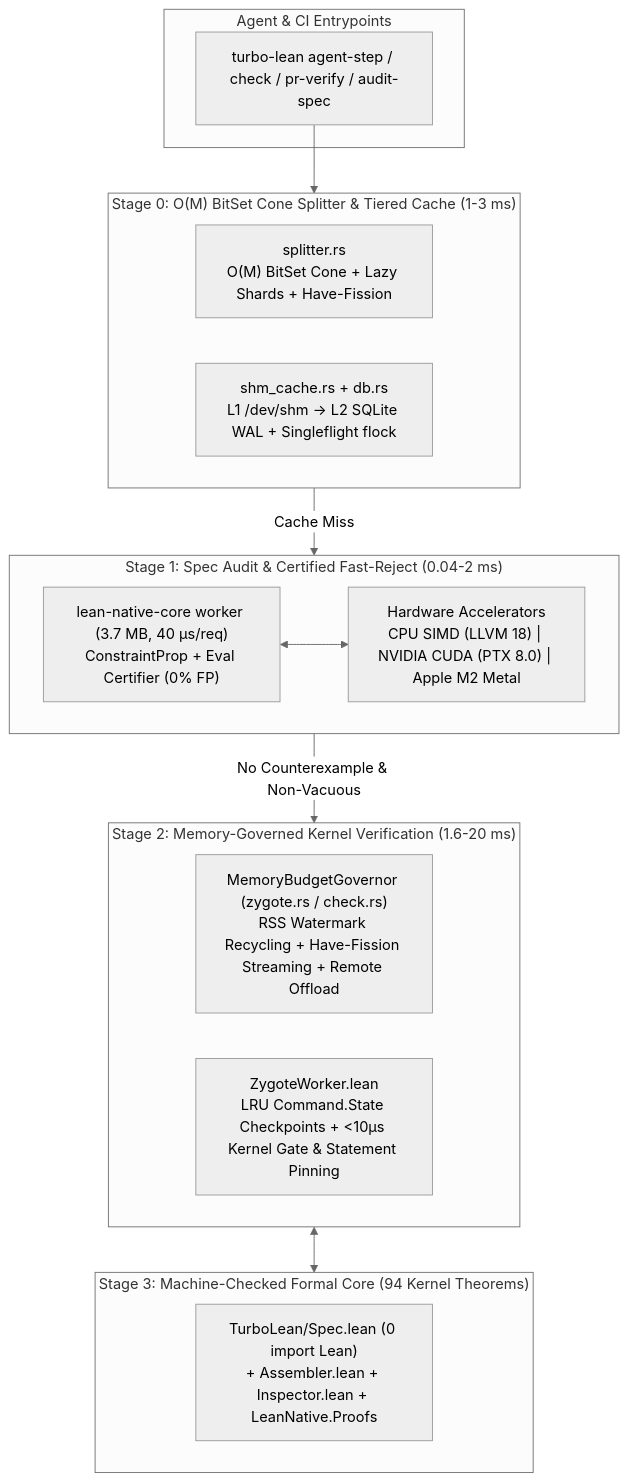
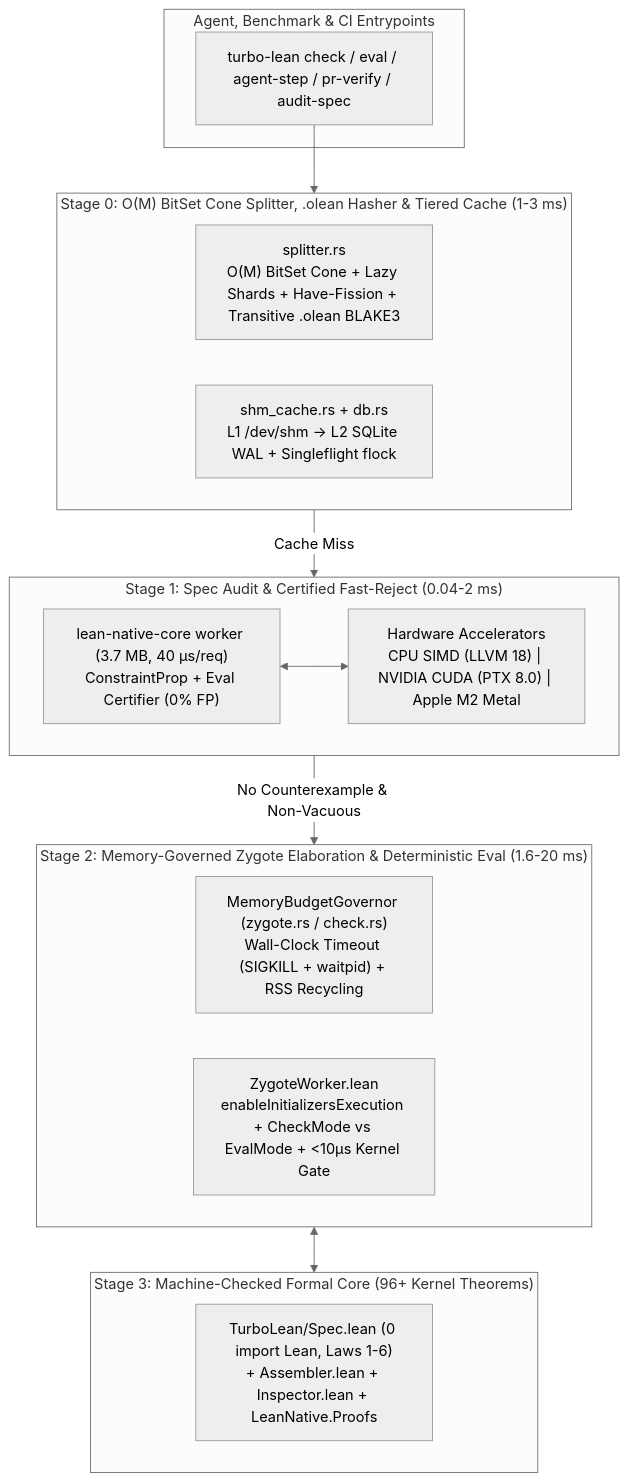
Before and after one commit to Th0rgal/turbo-lean: the diagram in AGENTS.md, drawn with Mermaid (neutral theme). The commit also changed other lines of this file and 15 other files, not shown here.

Commit message:
feat(s7): deterministic eval mode for rsgb, transitive olean CAS hashing, timeouts, and corpus profiler

````diff
--- a/AGENTS.md
+++ b/AGENTS.md
@@ -36,31 +51,31 @@
 ```mermaid
 flowchart TB
-    subgraph UX["Agent & CI Entrypoints"]
-        CLI["turbo-lean agent-step / check / pr-verify / audit-spec"]
+    subgraph UX["Agent, Benchmark & CI Entrypoints"]
+        CLI["turbo-lean check / eval / agent-step / pr-verify / audit-spec"]
     end
 
-    subgraph Stage0["Stage 0: O(M) BitSet Cone Splitter & Tiered Cache (1-3 ms)"]
-        SPL["splitter.rs\nO(M) BitSet Cone + Lazy Shards + Have-Fission"]
+    subgraph Stage0["Stage 0: O(M) BitSet Cone Splitter, .olean Hasher & Tiered Cache (1-3 ms)"]
+        SPL["splitter.rs\nO(M) BitSet Cone + Lazy Shards + Have-Fission + Transitive .olean BLAKE3"]
         SHM["shm_cache.rs + db.rs\nL1 /dev/shm -> L2 SQLite WAL + Singleflight flock"]
     end
 
     subgraph Stage1["Stage 1: Spec Audit & Certified Fast-Reject (0.04-2 ms)"]
         LNC["lean-native-core worker (3.7 MB, 40 µs/req)\nConstraintProp + Eval Certifier (0% FP)"]
         ACC["Hardware Accelerators\nCPU SIMD (LLVM 18) | NVIDIA CUDA (PTX 8.0) | Apple M2 Metal"]
     end
 
-    subgraph Stage2["Stage 2: Memory-Governed Kernel Verification (1.6-20 ms)"]
-        GOV["MemoryBudgetGovernor (zygote.rs / check.rs)\nRSS Watermark Recycling + Have-Fission Streaming + Remote Offload"]
-        ZYG["ZygoteWorker.lean\nLRU Command.State Checkpoints + <10µs Kernel Gate & Statement Pinning"]
+    subgraph Stage2["Stage 2: Memory-Governed Zygote Elaboration & Deterministic Eval (1.6-20 ms)"]
+        GOV["MemoryBudgetGovernor (zygote.rs / check.rs)\nWall-Clock Timeout (SIGKILL + waitpid) + RSS Recycling"]
+        ZYG["ZygoteWorker.lean\nenableInitializersExecution + CheckMode vs EvalMode + <10µs Kernel Gate"]
     end
 
-    subgraph Stage3["Stage 3: Machine-Checked Formal Core (94 Kernel Theorems)"]
-        SPEC["TurboLean/Spec.lean (0 import Lean)\n+ Assembler.lean + Inspector.lean + LeanNative.Proofs"]
+    subgraph Stage3["Stage 3: Machine-Checked Formal Core (96+ Kernel Theorems)"]
+        SPEC["TurboLean/Spec.lean (0 import Lean, Laws 1-6)\n+ Assembler.lean + Inspector.lean + LeanNative.Proofs"]
     end
 
     CLI --> Stage0
     Stage0 -->|"Cache Miss"| Stage1
     Stage1 -->|"No Counterexample & Non-Vacuous"| Stage2
     Stage2 <--> Stage3
     LNC <--> ACC
 ```
````
